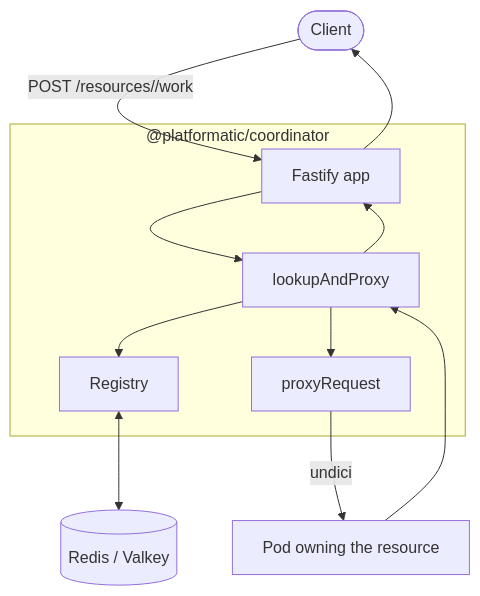
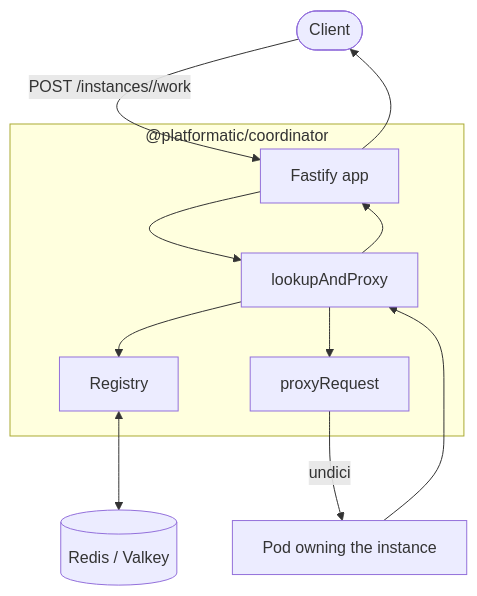
The first of 3 diagrams in README.md (platformatic/coordinator), drawn with Mermaid before and after one commit. The commit also changed other lines of this file and 8 other files, not shown here.

````diff
--- a/README.md
+++ b/README.md
@@ -20,16 +20,16 @@
 ```mermaid
 graph TB
-    Client([Client]) -->|"POST /resources/<id>/work"| App[Fastify app]
+    Client([Client]) -->|"POST /instances/<id>/work"| App[Fastify app]
 
     subgraph Library["@platformatic/coordinator"]
         App --> Helper["lookupAndProxy"]
         Helper --> Registry
         Helper --> Proxy[proxyRequest]
     end
 
     Registry <--> Redis[("Redis / Valkey")]
-    Proxy -->|"undici"| Pod1["Pod owning the resource"]
+    Proxy -->|"undici"| Pod1["Pod owning the instance"]
     Pod1 --> Helper
     Helper --> App
     App --> Client
 ```
````
